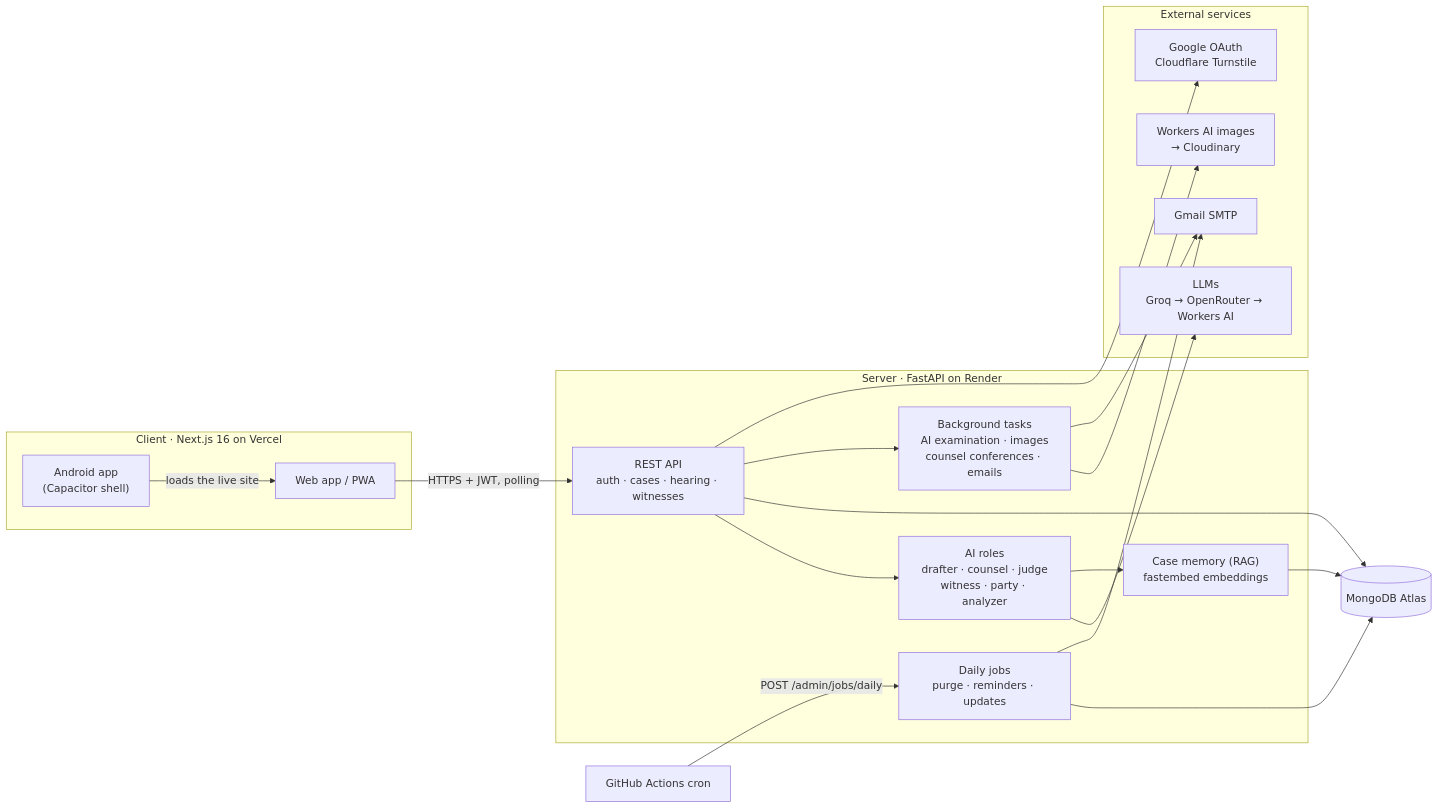
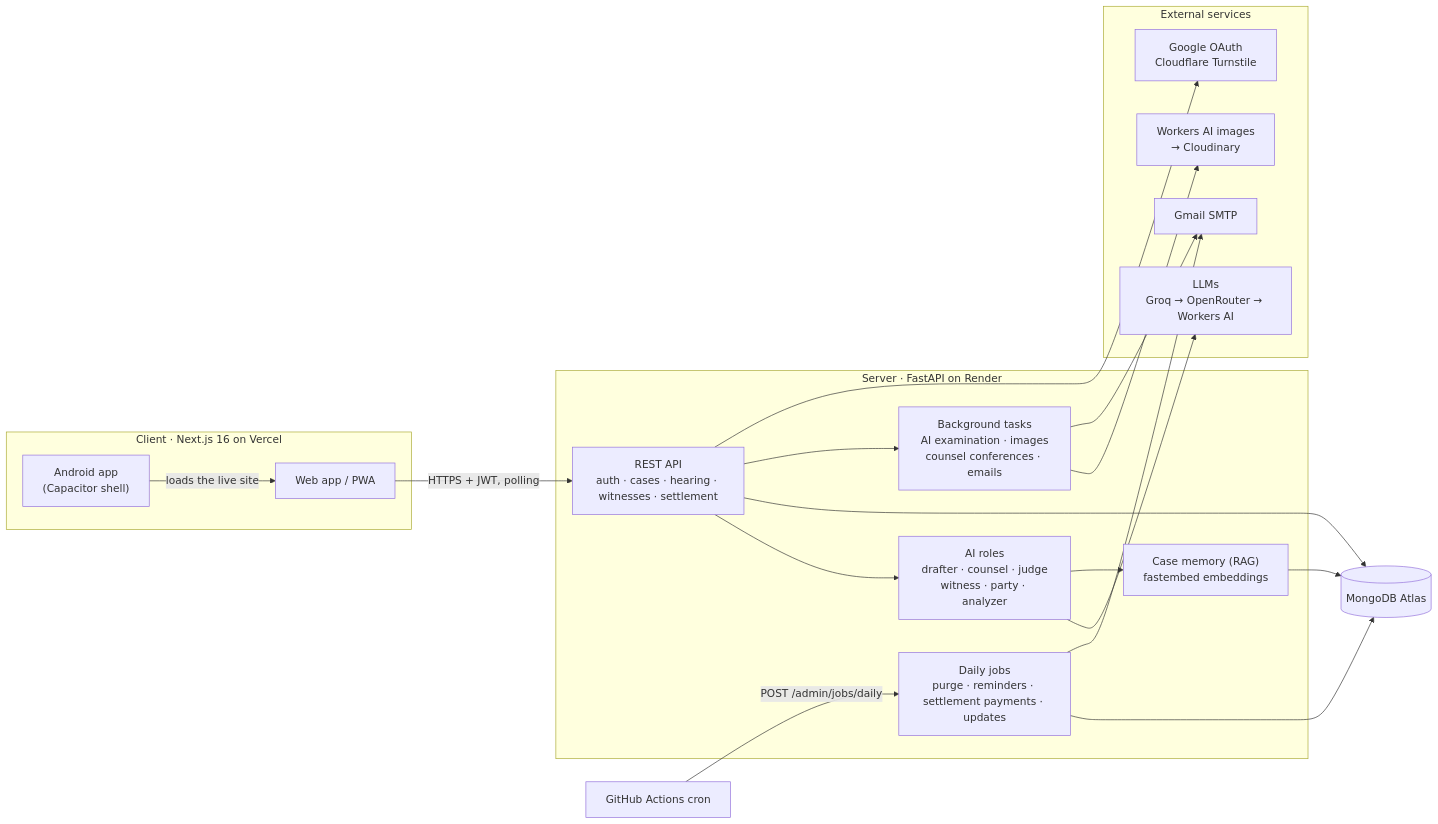
One commit to ParthRana1023/AI-Courtroom changed the diagram in README.md. Above: the diagram before and after it, drawn with Mermaid. The commit also changed other lines of this file and 13 other files, not shown here.

````diff
--- a/README.md
+++ b/README.md
@@ -67,37 +77,37 @@
 ```mermaid
 flowchart LR
     subgraph Client["Client · Next.js 16 on Vercel"]
         Web["Web app / PWA"]
         Android["Android app<br/>(Capacitor shell)"]
     end
 
     subgraph Server["Server · FastAPI on Render"]
-        Routes["REST API<br/>auth · cases · hearing · witnesses"]
+        Routes["REST API<br/>auth · cases · hearing · witnesses · settlement"]
         AI["AI roles<br/>drafter · counsel · judge<br/>witness · party · analyzer"]
         Memory["Case memory (RAG)<br/>fastembed embeddings"]
         BG["Background tasks<br/>AI examination · images<br/>counsel conferences · emails"]
-        Jobs["Daily jobs<br/>purge · reminders · updates"]
+        Jobs["Daily jobs<br/>purge · reminders · settlement payments · updates"]
     end
 
     DB[("MongoDB Atlas")]
 
     subgraph External["External services"]
         LLM["LLMs<br/>Groq → OpenRouter → Workers AI"]
         Img["Workers AI images<br/>→ Cloudinary"]
         Mail["Gmail SMTP"]
         Auth["Google OAuth<br/>Cloudflare Turnstile"]
     end
 
     Android -->|loads the live site| Web
     Web -->|"HTTPS + JWT, polling"| Routes
     Routes --> AI --> LLM
     AI --> Memory --> DB
     Routes --> DB
     Routes --> BG
     BG --> Img
     BG --> Mail
     Routes --> Auth
     GHA["GitHub Actions cron"] -->|"POST /admin/jobs/daily"| Jobs
     Jobs --> DB
     Jobs --> Mail
 ```
````
